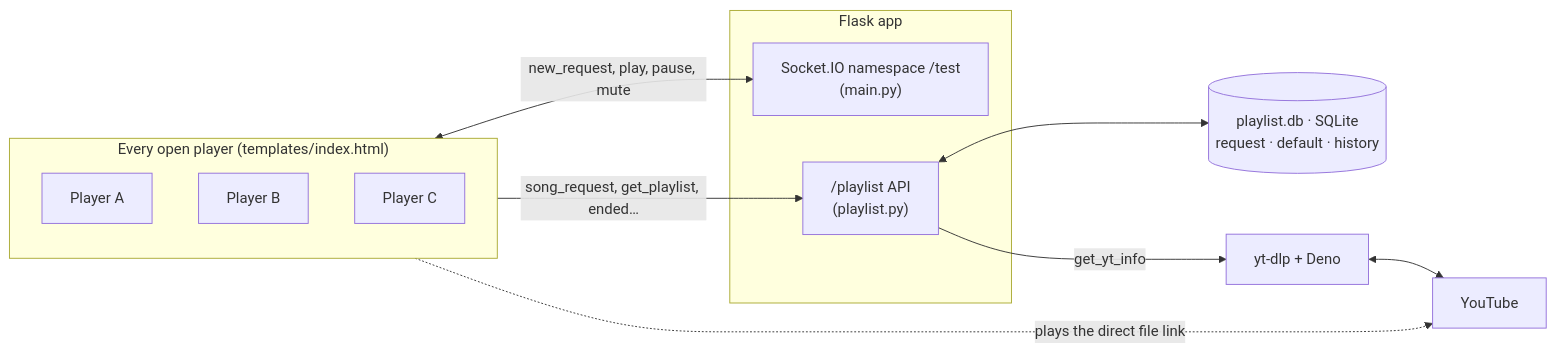
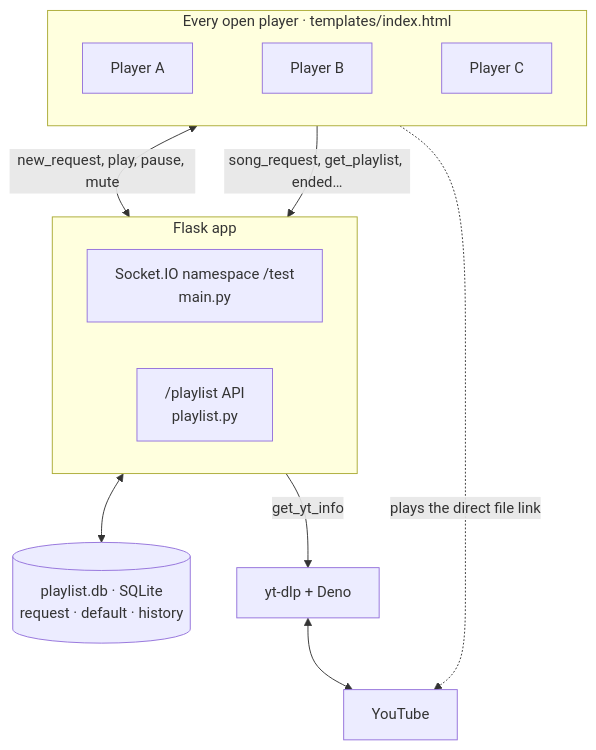
Before and after one commit to NatLee/youtube-redirect-player: the second of 2 diagrams in README.md, drawn with Mermaid.

Commit message:
docs: lay the architecture diagram out top to bottom
On github.com the left-to-right version stacked the three players in a
column and pushed YouTube under the zoom buttons. Top to bottom it
reads in the order things happen: the players, the Flask app, then the
database, yt-dlp and YouTube.

````diff
--- a/README.md
+++ b/README.md
@@ -61,21 +61,21 @@
 ```mermaid
-flowchart LR
-    subgraph Screens["Every open player (templates/index.html)"]
-        P1["Player A"]
-        P2["Player B"]
-        P3["Player C"]
+flowchart TB
+    subgraph Screens["Every open player · templates/index.html"]
+        direction LR
+        P1["Player A"] ~~~ P2["Player B"] ~~~ P3["Player C"]
     end
     subgraph App["Flask app"]
-        WS["Socket.IO namespace /test<br/>(main.py)"]
-        API["/playlist API<br/>(playlist.py)"]
+        direction LR
+        WS["Socket.IO namespace /test<br/>main.py"]
+        API["/playlist API<br/>playlist.py"]
     end
     DB[("playlist.db · SQLite<br/>request · default · history")]
     Y["yt-dlp + Deno"]
     YT["YouTube"]
     Screens <-- "new_request, play, pause, mute" --> WS
     Screens -- "song_request, get_playlist, ended…" --> API
     API <--> DB
     API -- "get_yt_info" --> Y
     Y <--> YT
     Screens -. "plays the direct file link" .-> YT
 ```
````
